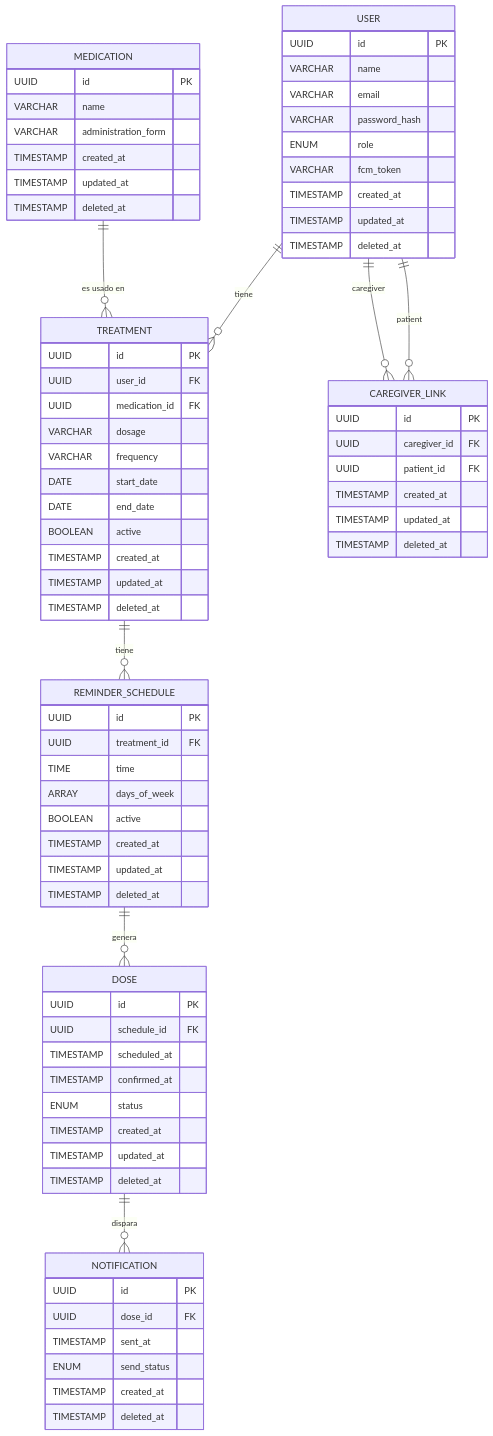
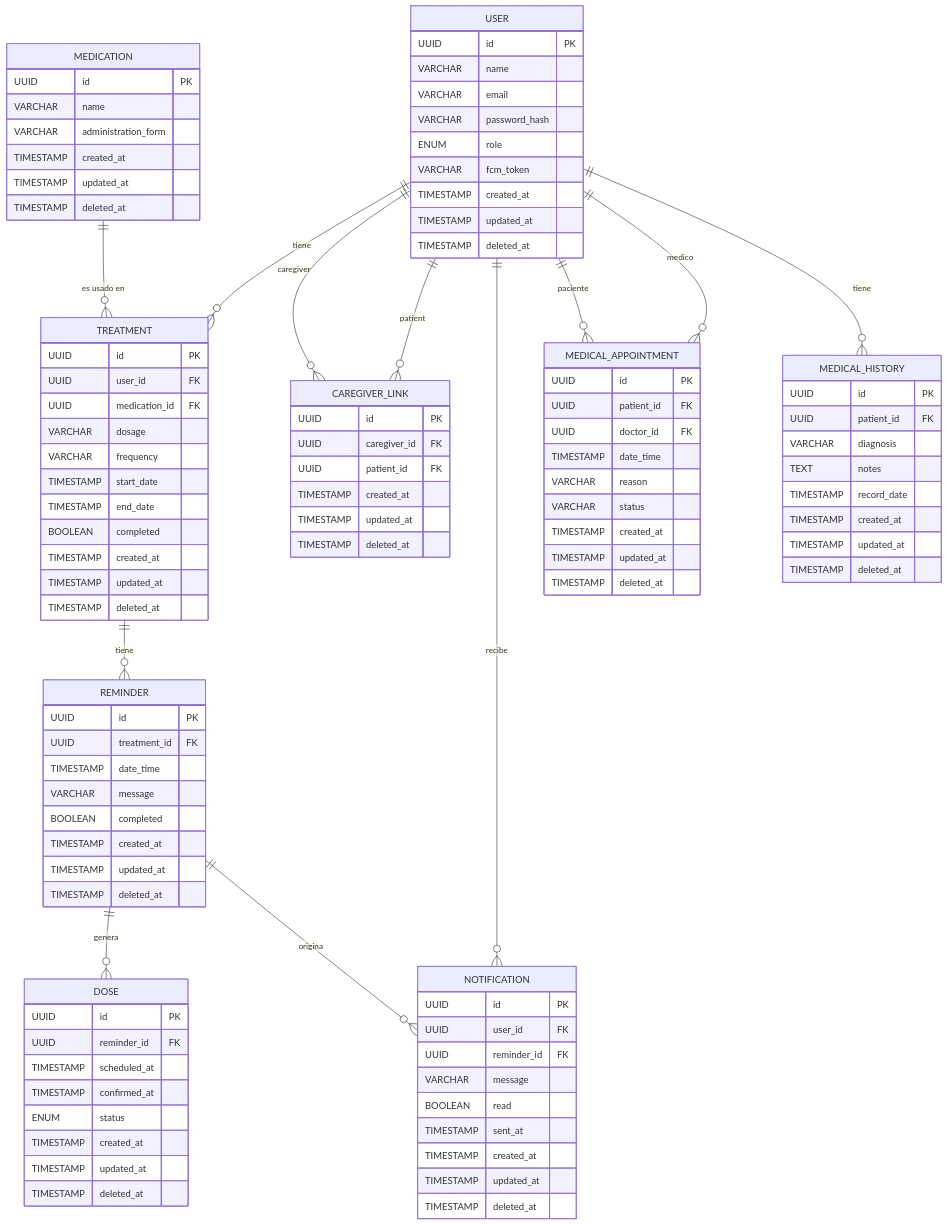
Before and after one commit to MarEluneyGomez/MedTracker: the diagram in database/er-diagram.md, drawn with Mermaid. The commit also changed 5 other files, not shown here.

First line of the commit message:
docs: sync data model with reminder/notification redesign and new modules

````diff
--- a/database/er-diagram.md
+++ b/database/er-diagram.md
@@ -7,10 +7,14 @@
     USER ||--o{ TREATMENT : "tiene"
     USER ||--o{ CAREGIVER_LINK : "caregiver"
     USER ||--o{ CAREGIVER_LINK : "patient"
+    USER ||--o{ NOTIFICATION : "recibe"
+    USER ||--o{ MEDICAL_APPOINTMENT : "paciente"
+    USER ||--o{ MEDICAL_APPOINTMENT : "medico"
+    USER ||--o{ MEDICAL_HISTORY : "tiene"
     MEDICATION ||--o{ TREATMENT : "es usado en"
-    TREATMENT ||--o{ REMINDER_SCHEDULE : "tiene"
-    REMINDER_SCHEDULE ||--o{ DOSE : "genera"
-    DOSE ||--o{ NOTIFICATION : "dispara"
+    TREATMENT ||--o{ REMINDER : "tiene"
+    REMINDER ||--o{ DOSE : "genera"
+    REMINDER ||--o{ NOTIFICATION : "origina"
 
     USER {
         UUID id PK
@@ -39,20 +43,20 @@
         UUID medication_id FK
         VARCHAR dosage
         VARCHAR frequency
-        DATE start_date
-        DATE end_date
-        BOOLEAN active
+        TIMESTAMP start_date
+        TIMESTAMP end_date
+        BOOLEAN completed
         TIMESTAMP created_at
         TIMESTAMP updated_at
         TIMESTAMP deleted_at
     }
 
-    REMINDER_SCHEDULE {
+    REMINDER {
         UUID id PK
         UUID treatment_id FK
-        TIME time
-        ARRAY days_of_week
-        BOOLEAN active
+        TIMESTAMP date_time
+        VARCHAR message
+        BOOLEAN completed
         TIMESTAMP created_at
         TIMESTAMP updated_at
         TIMESTAMP deleted_at
@@ -60,7 +64,7 @@
 
     DOSE {
         UUID id PK
-        UUID schedule_id FK
+        UUID reminder_id FK
         TIMESTAMP scheduled_at
         TIMESTAMP confirmed_at
         ENUM status
@@ -71,10 +75,13 @@
 
     NOTIFICATION {
         UUID id PK
-        UUID dose_id FK
+        UUID user_id FK
+        UUID reminder_id FK
+        VARCHAR message
+        BOOLEAN read
         TIMESTAMP sent_at
-        ENUM send_status
         TIMESTAMP created_at
+        TIMESTAMP updated_at
         TIMESTAMP deleted_at
     }
 
@@ -86,4 +93,27 @@
         TIMESTAMP updated_at
         TIMESTAMP deleted_at
     }
+
+    MEDICAL_APPOINTMENT {
+        UUID id PK
+        UUID patient_id FK
+        UUID doctor_id FK
+        TIMESTAMP date_time
+        VARCHAR reason
+        VARCHAR status
+        TIMESTAMP created_at
+        TIMESTAMP updated_at
+        TIMESTAMP deleted_at
+    }
+
+    MEDICAL_HISTORY {
+        UUID id PK
+        UUID patient_id FK
+        VARCHAR diagnosis
+        TEXT notes
+        TIMESTAMP record_date
+        TIMESTAMP created_at
+        TIMESTAMP updated_at
+        TIMESTAMP deleted_at
+    }
 ```
````
